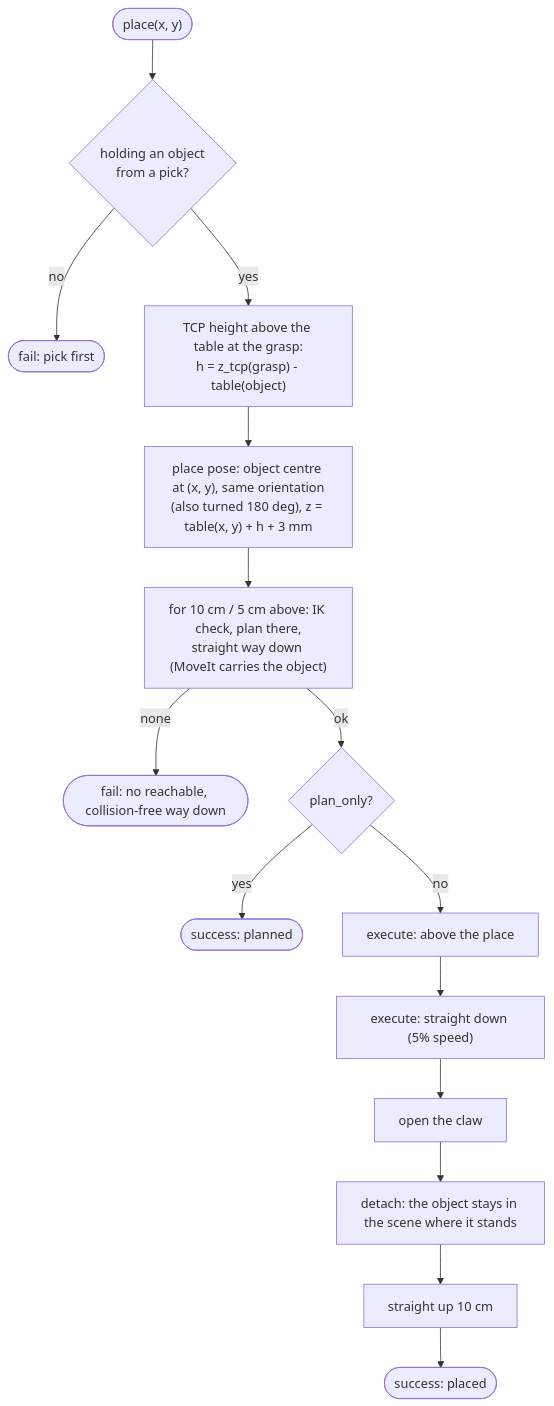
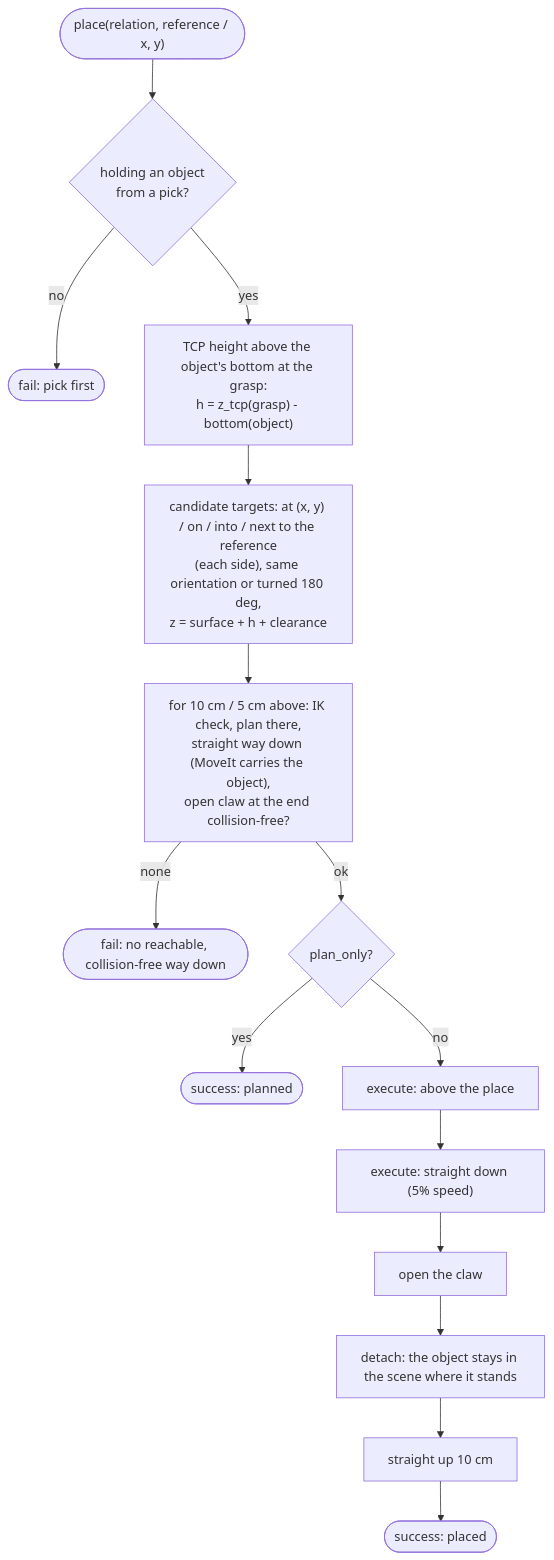
The second of 2 diagrams in docs/pages/06-pick-execution.md (whoobee/qb_arm_install), drawn with Mermaid before and after one commit. The commit also changed other lines of this file and 4 other files, not shown here.

Commit message:
docs: relative placement (on/into/next_to, off-centre into, opening-claw check), held filter, sim claw in /sim_claw, lessons 16-17

````diff
--- a/docs/pages/06-pick-execution.md
+++ b/docs/pages/06-pick-execution.md
@@ -122,14 +155,14 @@
 ```mermaid
 flowchart TB
-    S(["place(x, y)"]) --> H{"holding an object<br/>from a pick?"}
+    S(["place(relation, reference / x, y)"]) --> H{"holding an object<br/>from a pick?"}
     H -- no --> F1(["fail: pick first"])
-    H -- yes --> G["TCP height above the table at the grasp:<br/>h = z_tcp(grasp) - table(object)"]
-    G --> T["place pose: object centre at (x, y), same orientation<br/>(also turned 180 deg), z = table(x, y) + h + 3 mm"]
-    T --> C["for 10 cm / 5 cm above: IK check, plan there,<br/>straight way down (MoveIt carries the object)"]
+    H -- yes --> G["TCP height above the object's bottom at the grasp:<br/>h = z_tcp(grasp) - bottom(object)"]
+    G --> T["candidate targets: at (x, y) / on / into / next to the reference<br/>(each side), same orientation or turned 180 deg,<br/>z = surface + h + clearance"]
+    T --> C["for 10 cm / 5 cm above: IK check, plan there,<br/>straight way down (MoveIt carries the object),<br/>open claw at the end collision-free?"]
     C -- none --> F2(["fail: no reachable, collision-free way down"])
     C -- ok --> PO{"plan_only?"}
     PO -- yes --> R1(["success: planned"])
     PO -- no --> M1["execute: above the place"] --> M2["execute: straight down (5% speed)"]
     M2 --> O["open the claw"] --> D["detach: the object stays in the scene where it stands"]
     D --> U["straight up 10 cm"] --> R2(["success: placed"])
 ```
````
